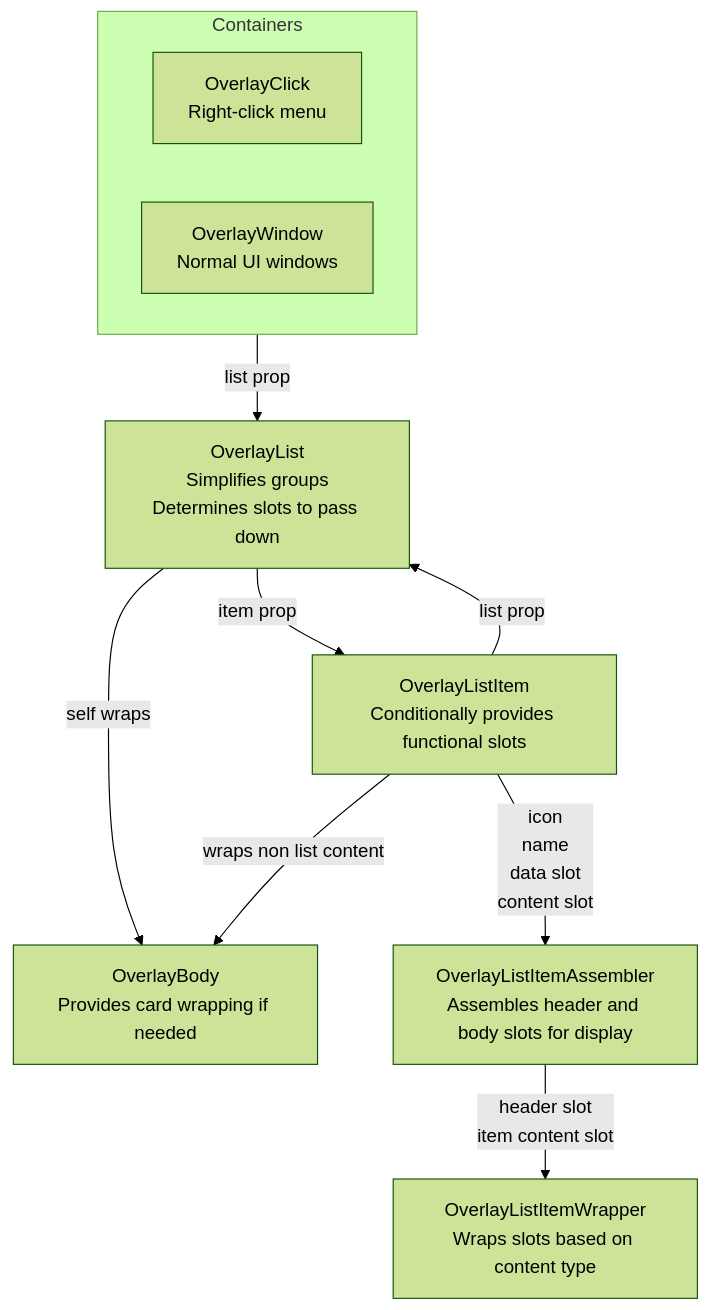
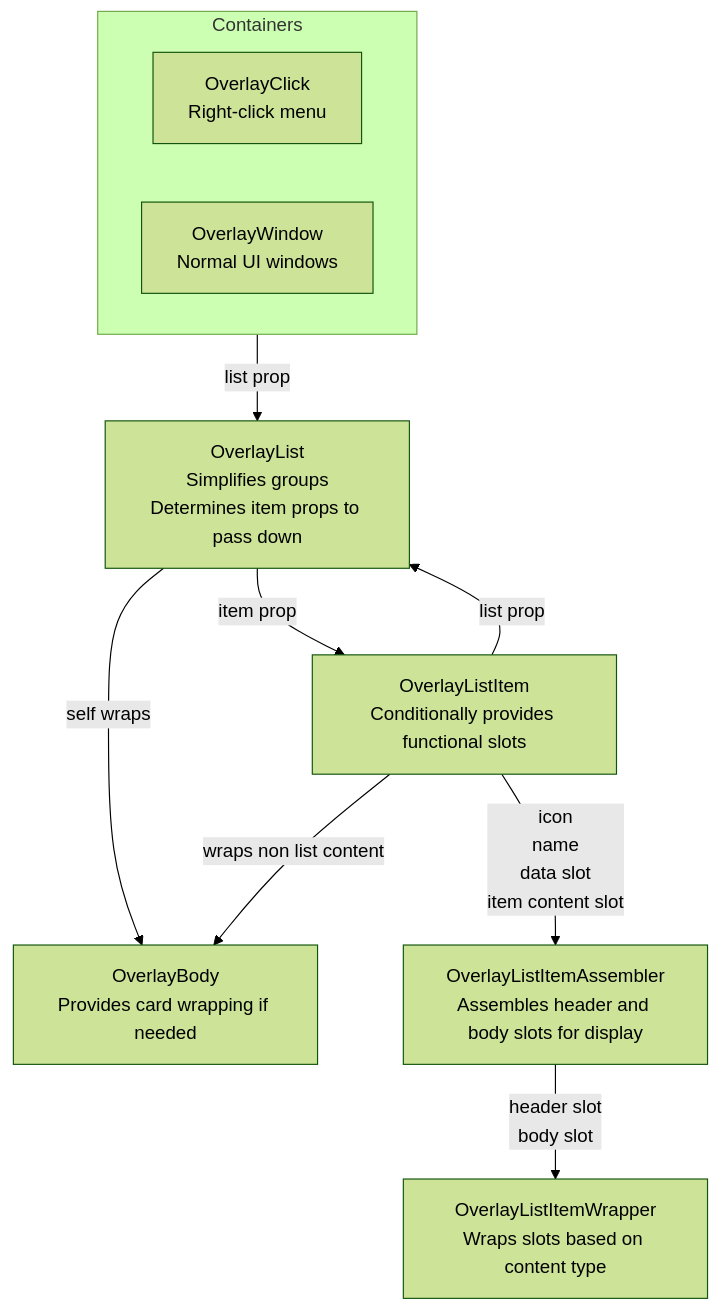
Before and after one commit to cpuabuse/dungeon-together: the diagram in docs/vue/overlay-content.md, drawn with Mermaid (forest theme). The commit also changed 1 other file, not shown here.

Commit message:
Fix: Overlay documentation

````diff
--- a/docs/vue/overlay-content.md
+++ b/docs/vue/overlay-content.md
@@ -3,21 +3,21 @@
 ```mermaid
 flowchart TB
 	subgraph containers[Containers]
 		click["OverlayClick<br>Right-click menu"]
 		window[OverlayWindow<br>Normal UI windows]
 	end
 
 	body[OverlayBody<br>Provides card wrapping if needed]
-	list[OverlayList<br>Simplifies groups<br>Determines slots to pass down]
+	list[OverlayList<br>Simplifies groups<br>Determines item props to pass down]
 	item[OverlayListItem<br>Conditionally provides functional slots]
 	assembler[OverlayListItemAssembler<br>Assembles header and body slots for display]
 	wrapper[OverlayListItemWrapper<br>Wraps slots based on content type]
 
 	containers -- list prop --> list
 	list -- self wraps --> body
 	list -- item prop --> item
 	item -- list prop --> list
 	item -- wraps non list content --> body
-	item -- icon<br>name<br>data slot<br>content slot<br> --> assembler
-	assembler -- header slot<br>item content slot --> wrapper
+	item -- icon<br>name<br>data slot<br>item content slot<br> --> assembler
+	assembler -- header slot<br>body slot --> wrapper
 ```
````
